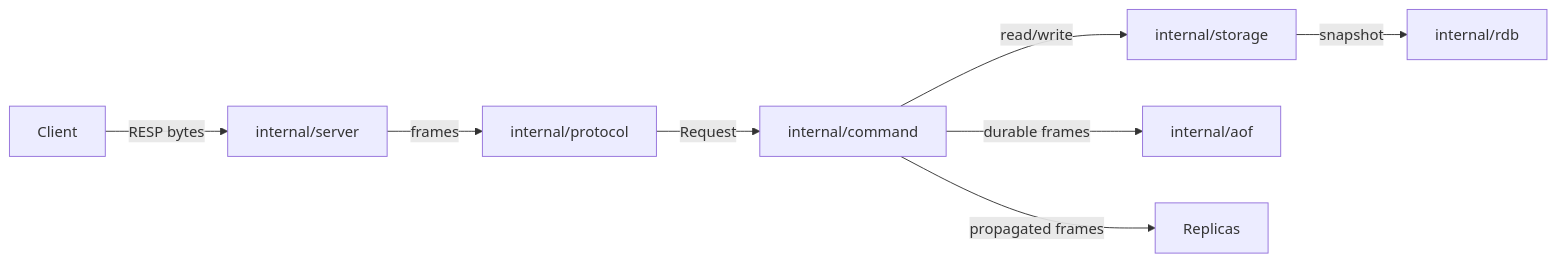
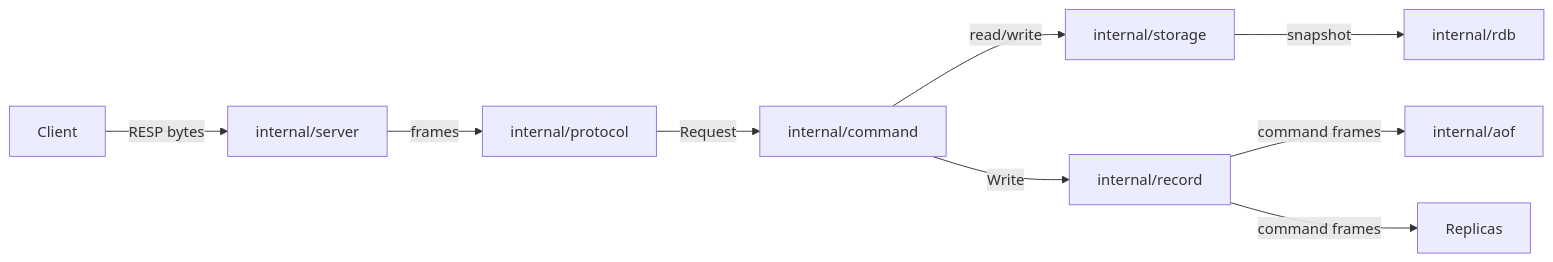
Before and after one commit to maltemindedal/stash: the diagram in docs/architecture/overview.md, drawn with Mermaid. The commit also changed other lines of this file and 19 other files, not shown here.

````diff
--- a/docs/architecture/overview.md
+++ b/docs/architecture/overview.md
@@ -9,10 +9,11 @@
 ```mermaid
 flowchart LR
     C[Client] -->|RESP bytes| S[internal/server]
     S -->|frames| P[internal/protocol]
     P -->|Request| X[internal/command]
     X -->|read/write| ST[internal/storage]
-    X -->|durable frames| A[internal/aof]
-    X -->|propagated frames| R[Replicas]
+    X -->|Write| REC[internal/record]
+    REC -->|command frames| A[internal/aof]
+    REC -->|command frames| R[Replicas]
     ST -->|snapshot| D[internal/rdb]
 ```
````
